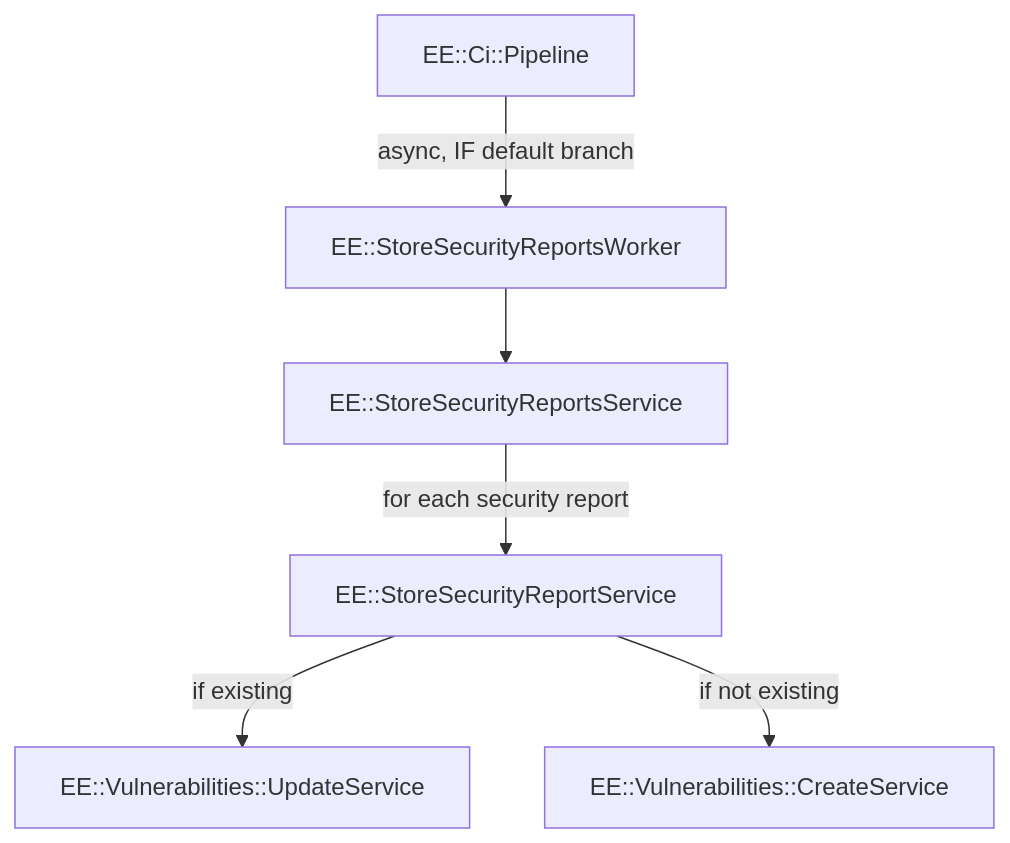
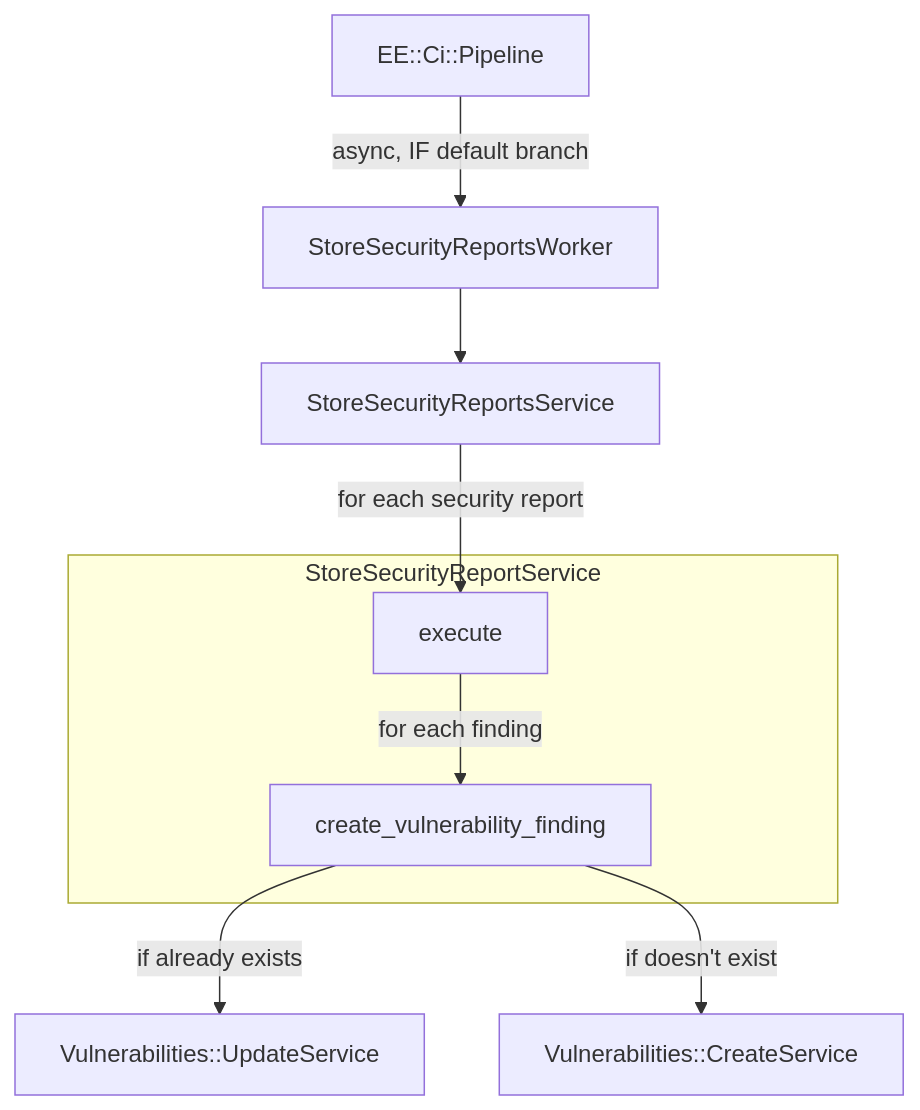
The sixth of 6 diagrams in doc/development/integrations/secure/vulnerability_tracking.md (mehulagg/gitlab), drawn with Mermaid before and after one commit. The commit also changed other lines of this file, not shown here.

````diff
--- a/doc/development/integrations/secure/vulnerability_tracking.md
+++ b/doc/development/integrations/secure/vulnerability_tracking.md
@@ -370,12 +431,23 @@
 ```mermaid
 graph TD
-	EE::Ci::Pipeline -->|async, IF default branch| EE::StoreSecurityReportsWorker
-	EE::StoreSecurityReportsWorker --> EE::StoreSecurityReportsService
-	EE::StoreSecurityReportsService -->|for each security report| EE::StoreSecurityReportService
-	EE::StoreSecurityReportService -->|if existing| EE::Vulnerabilities::UpdateService
-	EE::StoreSecurityReportService -->|if not existing| EE::Vulnerabilities::CreateService
+	EE::Ci::Pipeline -->|async, IF default branch| StoreSecurityReportsWorker
+	StoreSecurityReportsWorker --> StoreSecurityReportsService
 
-	click EE::StoreSecurityReportsWorker "https://gitlab.com/gitlab-org/gitlab/-/blob/v13.8.1-ee/ee/app/workers/store_security_reports_worker.rb"
-	click EE::StoreSecurityReportsService "https://gitlab.com/gitlab-org/gitlab/-/blob/v13.8.1-ee/ee/app/services/security/store_reports_service.rb"
-	click EE::StoreSecurityReportService "https://gitlab.com/gitlab-org/gitlab/-/blob/v13.8.1-ee/ee/app/services/security/store_report_service.rb"
+	subgraph StoreSecurityReportService
+		execute
+		create_vulnerability_finding
+	end
+
+	StoreSecurityReportsService -->|for each security report| execute
+	execute -->|for each finding| create_vulnerability_finding
+	create_vulnerability_finding -->|if already exists| Vulnerabilities::UpdateService
+	create_vulnerability_finding -->|if doesn't exist| Vulnerabilities::CreateService
+
+	click Ci::Pipeline "https://gitlab.com/gitlab-org/gitlab/-/blob/v13.8.1-ee/ee/app/models/ee/ci/pipeline.rb#L54-59" "Ci::Pipeline"
+	click StoreSecurityReportsWorker "https://gitlab.com/gitlab-org/gitlab/-/blob/v13.8.1-ee/ee/app/workers/store_security_reports_worker.rb" "StoreSecurityReportsWorker"
+	click StoreSecurityReportsService "https://gitlab.com/gitlab-org/gitlab/-/blob/v13.8.1-ee/ee/app/services/security/store_reports_service.rb" "StoreSecurityReportsService"
+	click execute "https://gitlab.com/gitlab-org/gitlab/-/blob/v13.8.1-ee/ee/app/services/security/store_report_service.rb#L17-27" "StoreSecurityReportService"
+	click create_vulnerability_finding "https://gitlab.com/gitlab-org/gitlab/-/blob/v13.8.1-ee/ee/app/services/security/store_report_service.rb#L46-71" "create_vulnerability_finding"
+	click Vulnerabilities::UpdateService "https://gitlab.com/gitlab-org/gitlab/-/blob/v13.8.1-ee/ee/app/services/vulnerabilities/update_service.rb" "Vulnerabilities::UpdateService"
+	click Vulnerabilities::CreateService "https://gitlab.com/gitlab-org/gitlab/-/blob/v13.8.1-ee/ee/app/services/vulnerabilities/create_service.rb" "Vulnerabilities::CreateService"
 ```
````
